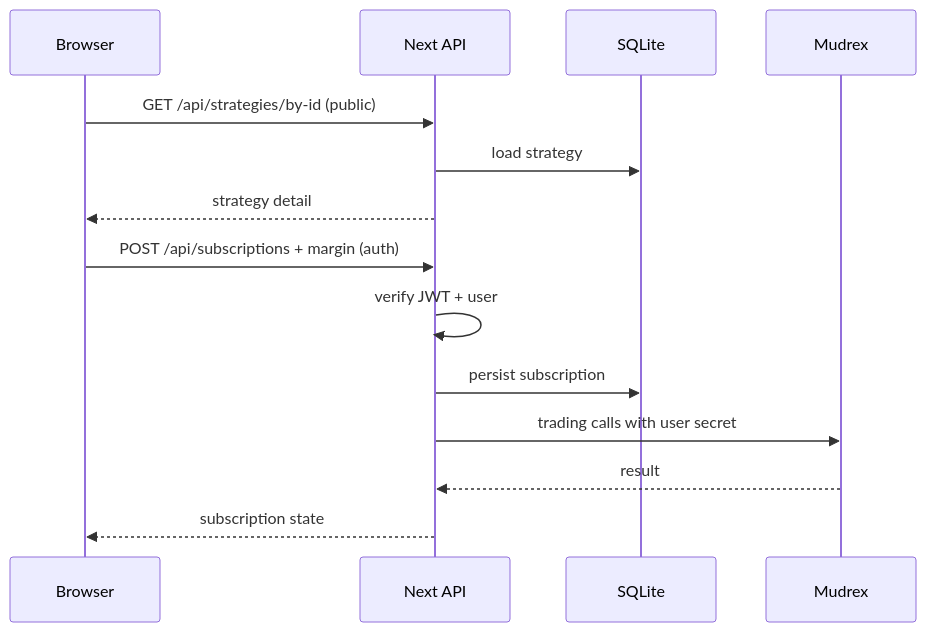
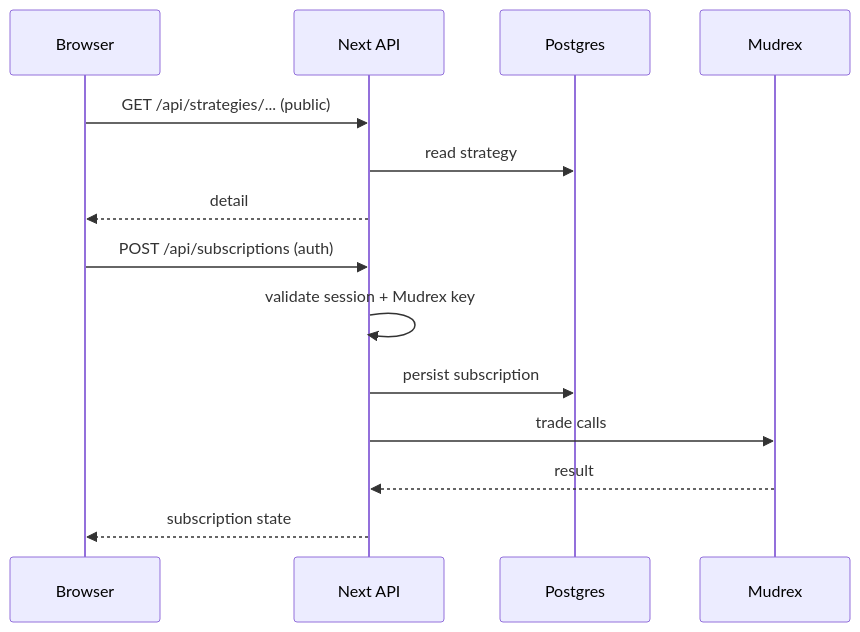
One commit to DecentralizedJM/RexAlgo changed diagram 11 of 11 in README.md. Above: the diagram before and after it, drawn with Mermaid. The commit also changed other lines of this file and 2 other files, not shown here.

Commit message:
docs: refresh README with Postgres, Redis, auth, webhooks + Mermaid diagrams

````diff
--- a/README.md
+++ b/README.md
@@ -345,18 +429,18 @@
 ```mermaid
 sequenceDiagram
   participant B as Browser
   participant N as Next API
-  participant D as SQLite
+  participant P as Postgres
   participant M as Mudrex
 
-  B->>N: GET /api/strategies/by-id (public)
-  N->>D: load strategy
-  N-->>B: strategy detail
+  B->>N: GET /api/strategies/... (public)
+  N->>P: read strategy
+  N-->>B: detail
 
-  B->>N: POST /api/subscriptions + margin (auth)
-  N->>N: verify JWT + user
-  N->>D: persist subscription
-  N->>M: trading calls with user secret
+  B->>N: POST /api/subscriptions (auth)
+  N->>N: validate session + Mudrex key
+  N->>P: persist subscription
+  N->>M: trade calls
   M-->>N: result
   N-->>B: subscription state
 ```
````
